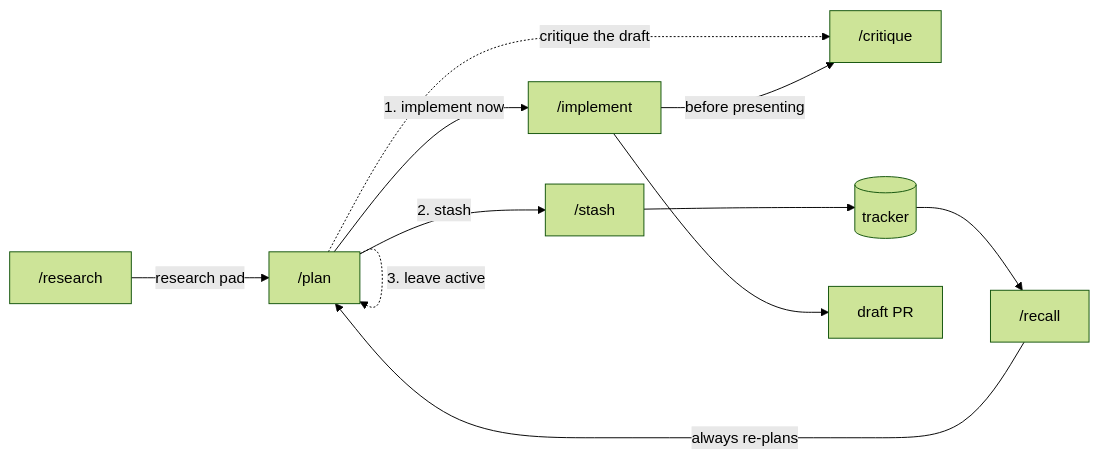
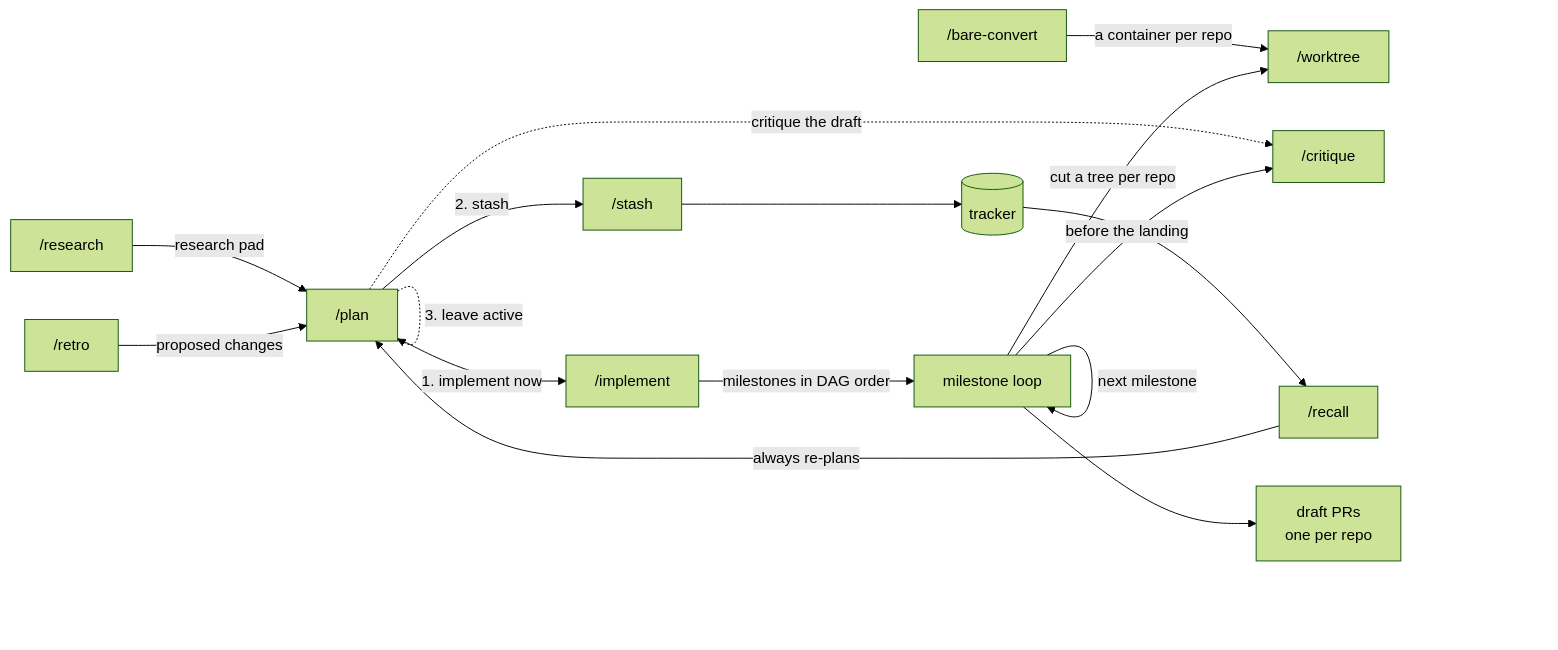
The diagram in README.md (jahnkelabs/agents), drawn with Mermaid (forest theme) before and after one commit. The commit also changed other lines of this file and 17 other files, not shown here.

````diff
--- a/README.md
+++ b/README.md
@@ -175,22 +185,31 @@
 ```mermaid
 flowchart LR
     R["/research"]
     P["/plan"]
     I["/implement"]
+    W["/worktree"]
+    BC["/bare-convert"]
+    M["milestone loop"]
     C["/critique"]
     S["/stash"]
     RC["/recall"]
+    RT["/retro"]
     T[("tracker")]
-    PR["draft PR"]
+    PR["draft PRs<br/>one per repo"]
 
     R -->|"research pad"| P
     P -->|"1. implement now"| I
     P -->|"2. stash"| S
     P -.->|"3. leave active"| P
     P -.->|"critique the draft"| C
     S --> T
     T --> RC
     RC -->|"always re-plans"| P
-    I -->|"before presenting"| C
-    I --> PR
+    RT -->|"proposed changes"| P
+    I -->|"milestones in DAG order"| M
+    BC -->|"a container per repo"| W
+    M -->|"cut a tree per repo"| W
+    M -->|"before the landing"| C
+    M --> PR
+    M -->|"next milestone"| M
 ```
````
